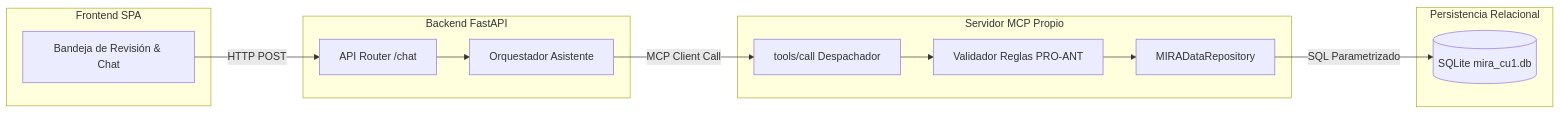
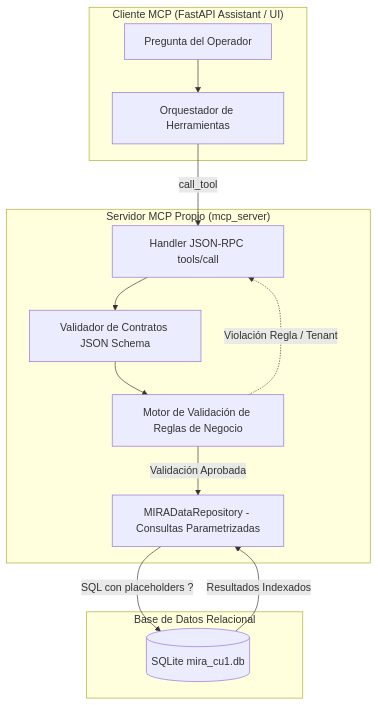
The first of 2 diagrams in INFORME_ENTREGA_3.md (thean10/LLM-entrega-3), drawn with Mermaid before and after one commit. The commit also changed other lines of this file and 4 other files, not shown here.

````diff
--- a/INFORME_ENTREGA_3.md
+++ b/INFORME_ENTREGA_3.md
@@ -155,25 +164,27 @@
 ```mermaid
-flowchart LR
-    subgraph Frontend["Frontend SPA"]
-        UI[Bandeja de Revisión & Chat]
+flowchart TD
+    subgraph Cliente["Cliente MCP (FastAPI Assistant / UI)"]
+        REQ[Pregunta del Operador]
+        DISP[Orquestador de Herramientas]
     end
-    subgraph Backend["Backend FastAPI"]
-        API[API Router /chat]
-        ORQ[Orquestador Asistente]
+
+    subgraph ServidorMCP["Servidor MCP Propio (mcp_server)"]
+        RPC[Handler JSON-RPC tools/call]
+        SCHEMA[Validador de Contratos JSON Schema]
+        RULES[Motor de Validación de Reglas de Negocio]
+        REPO[MIRADataRepository - Consultas Parametrizadas]
     end
-    subgraph MCP["Servidor MCP Propio"]
-        TOOLS[tools/call Despachador]
-        REPO[MIRADataRepository]
-        VAL[Validador Reglas PRO-ANT]
-    end
-    subgraph Storage["Persistencia Relacional"]
+
+    subgraph Persistencia["Base de Datos Relacional"]
         DB[(SQLite mira_cu1.db)]
     end
 
-    UI -->|HTTP POST| API
-    API --> ORQ
-    ORQ -->|MCP Client Call| TOOLS
-    TOOLS --> VAL
-    VAL --> REPO
-    REPO -->|SQL Parametrizado| DB
+    REQ --> DISP
+    DISP -->|call_tool| RPC
+    RPC --> SCHEMA
+    SCHEMA --> RULES
+    RULES -->|Validación Aprobada| REPO
+    RULES -.->|Violación Regla / Tenant| RPC
+    REPO -->|SQL con placeholders ?| DB
+    DB -->|Resultados Indexados| REPO
 ```
````
